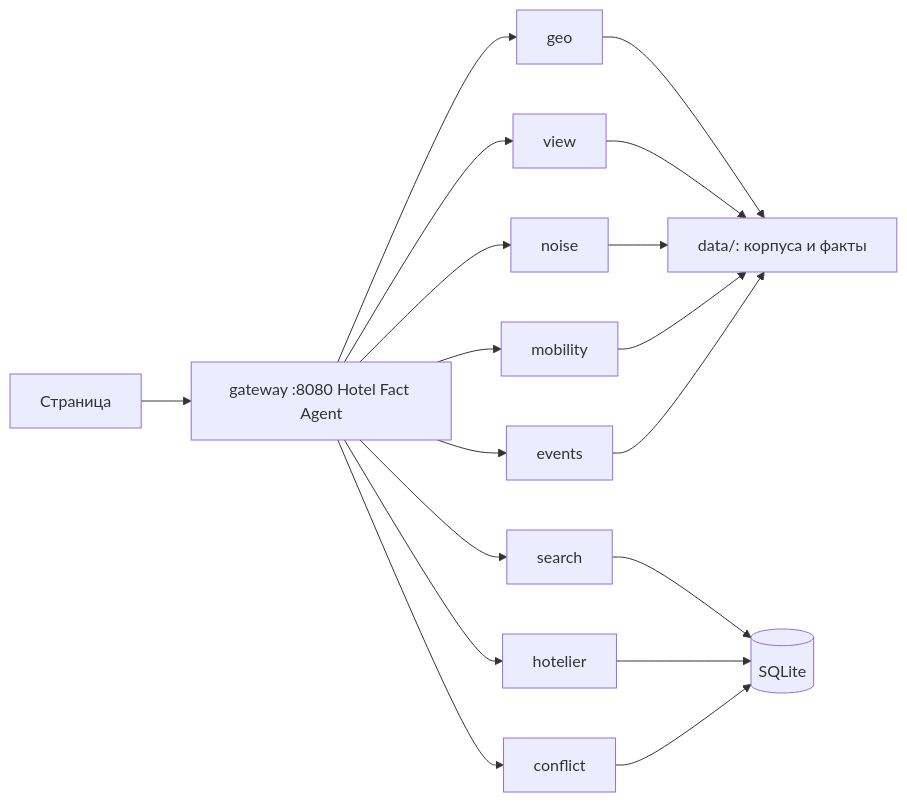
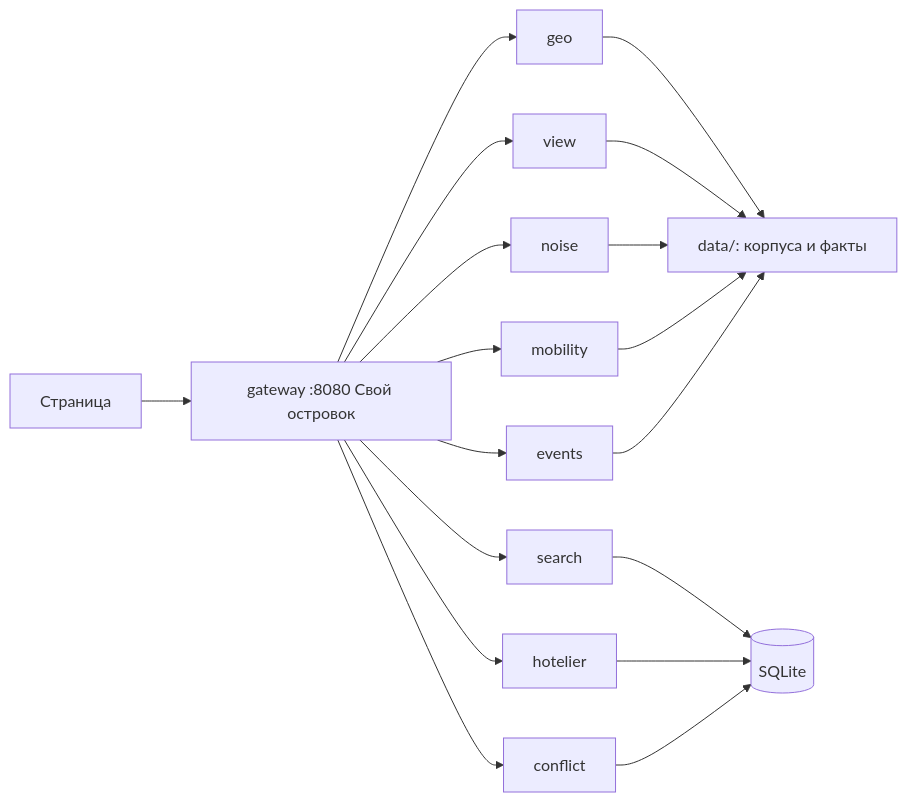
Before and after one commit to Gregfili/ostrovok_hackathon: the diagram in doc/architecture.md, drawn with Mermaid. The commit also changed other lines of this file and 24 other files, not shown here.

````diff
--- a/doc/architecture.md
+++ b/doc/architecture.md
@@ -36,20 +36,20 @@
 ```mermaid
 flowchart LR
-  Web[Страница] --> GW[gateway :8080 Hotel Fact Agent]
+  Web[Страница] --> GW[gateway :8080 Свой островок]
   GW --> GEO[geo]
   GW --> VIEW[view]
   GW --> NOISE[noise]
   GW --> MOB[mobility]
   GW --> EV[events]
   GW --> HOT[hotelier]
   GW --> CONF[conflict]
   GW --> SEARCH[search]
   GEO --> SNAP[data/: корпуса и факты]
   VIEW --> SNAP
   NOISE --> SNAP
   MOB --> SNAP
   EV --> SNAP
   SEARCH --> DB[(SQLite)]
   HOT --> DB
   CONF --> DB
 ```
````
